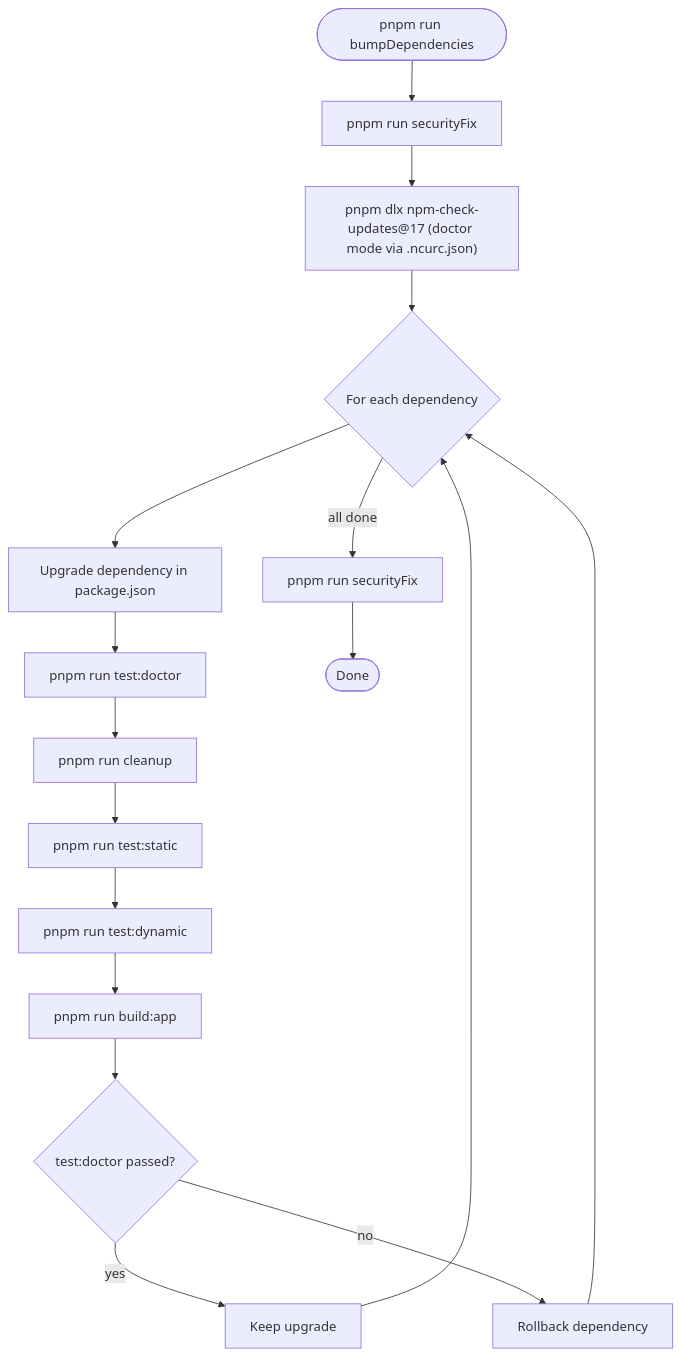
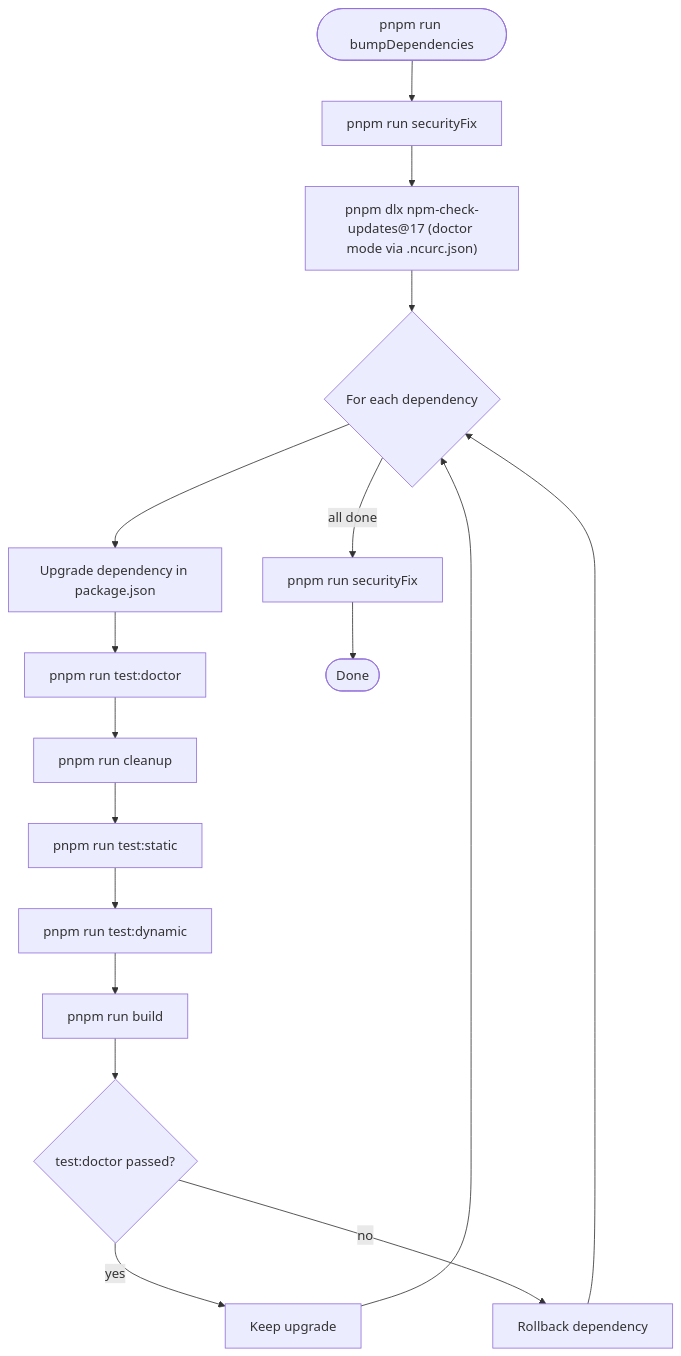
One commit to virgenherrera/nest-base changed the second of 2 diagrams in docs/quality-gates.md. Above: the diagram before and after it, drawn with Mermaid. The commit also changed other lines of this file and 2 other files, not shown here.

First line of the commit message:
feat: create build composite for full echo system propagation

````diff
--- a/docs/quality-gates.md
+++ b/docs/quality-gates.md
@@ -146,23 +150,23 @@
 ```mermaid
 flowchart TD
     A([pnpm run bumpDependencies]) --> B[pnpm run securityFix]
     B --> C["pnpm dlx npm-check-updates@17 (doctor mode via .ncurc.json)"]
 
     C --> D{For each dependency}
     D --> E[Upgrade dependency in package.json]
     E --> F[pnpm run test:doctor]
 
     F --> G[pnpm run cleanup]
     G --> H[pnpm run test:static]
     H --> K[pnpm run test:dynamic]
-    K --> L[pnpm run build:app]
+    K --> L[pnpm run build]
 
     L --> M{test:doctor passed?}
     M -- yes --> N[Keep upgrade]
     M -- no --> O[Rollback dependency]
     N --> D
     O --> D
 
     D -- all done --> P[pnpm run securityFix]
     P --> Q([Done])
 ```
````
